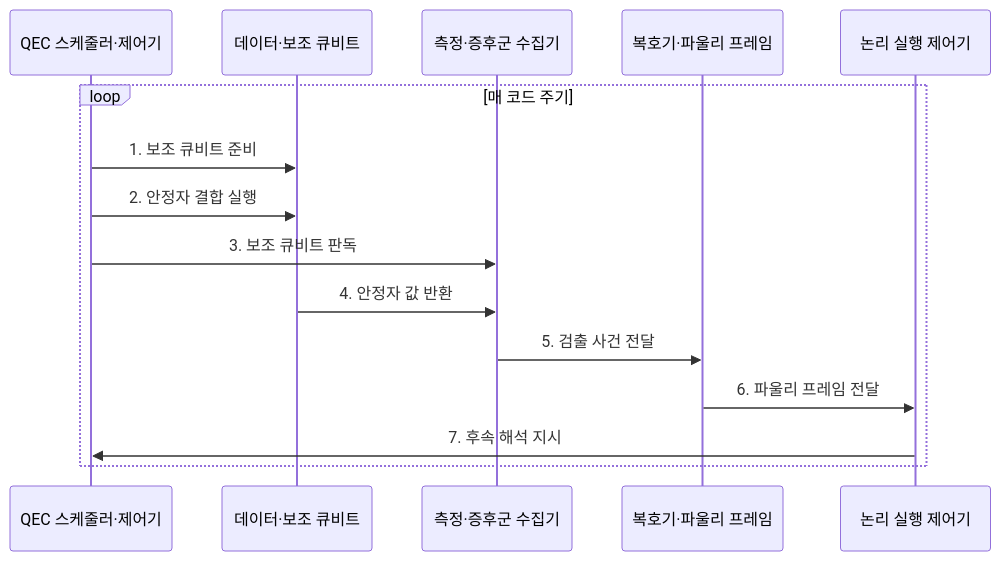
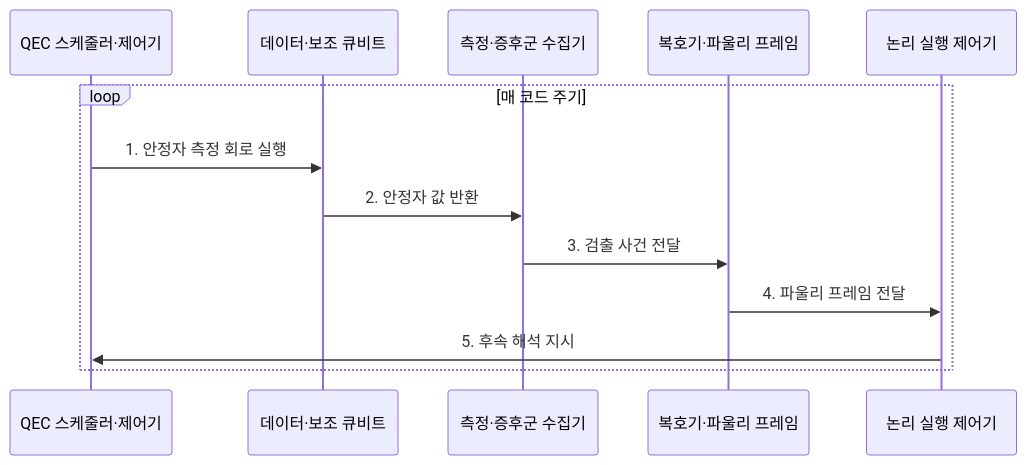
The second of 2 diagrams in src/content/docs/notes/02-hardware/074_quantum_error_correction_surface_code.md (agnusdei1207/knowledge-base), drawn with Mermaid before and after one commit. The commit also changed other lines of this file and 86 other files, not shown here.

````diff
--- a/src/content/docs/notes/02-hardware/074_quantum_error_correction_surface_code.md
+++ b/src/content/docs/notes/02-hardware/074_quantum_error_correction_surface_code.md
@@ -83,18 +89,16 @@
 ```mermaid
 sequenceDiagram
     participant S as QEC 스케줄러·제어기
     participant Q as 데이터·보조 큐비트
     participant M as 측정·증후군 수집기
     participant R as 복호기·파울리 프레임
     participant L as 논리 실행 제어기
 
     loop 매 코드 주기
-        S->>Q: 1. 보조 큐비트 준비
-        S->>Q: 2. 안정자 결합 실행
-        S->>M: 3. 보조 큐비트 판독
-        Q->>M: 4. 안정자 값 반환
-        M->>R: 5. 검출 사건 전달
-        R->>L: 6. 파울리 프레임 전달
-        L->>S: 7. 후속 해석 지시
+        S->>Q: 1. 안정자 측정 회로 실행
+        Q->>M: 2. 안정자 값 반환
+        M->>R: 3. 검출 사건 전달
+        R->>L: 4. 파울리 프레임 전달
+        L->>S: 5. 후속 해석 지시
     end
 ```
````
